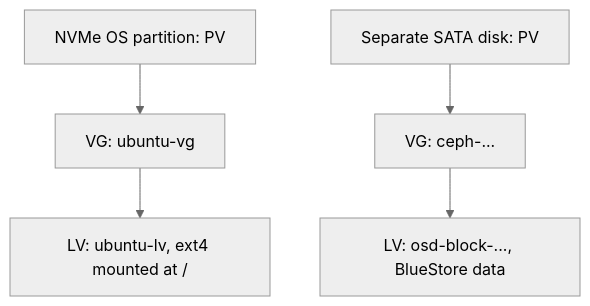
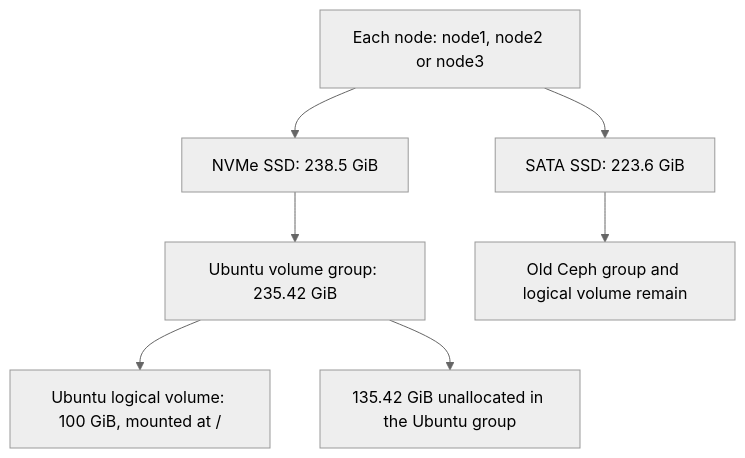
One commit to DinosaurKeys/openstack-iac-lab changed the diagram in docs/00-hermes-codex-and-node-reset.md. Above: the diagram before and after it, drawn with Mermaid (neutral theme). The commit also changed other lines of this file and 4 other files, not shown here.

````diff
--- a/docs/00-hermes-codex-and-node-reset.md
+++ b/docs/00-hermes-codex-and-node-reset.md
@@ -75,7 +19,9 @@
 ```mermaid
 flowchart TD
-    O["NVMe OS partition: PV"] --> U["VG: ubuntu-vg"]
-    U --> R["LV: ubuntu-lv, ext4 mounted at /"]
-    D["Separate SATA disk: PV"] --> C["VG: ceph-..."]
-    C --> B["LV: osd-block-..., BlueStore data"]
+    N["Each node: node1, node2 or node3"] --> O["NVMe SSD: 238.5 GiB"]
+    N --> D["SATA SSD: 223.6 GiB"]
+    O --> U["Ubuntu volume group: 235.42 GiB"]
+    U --> R["Ubuntu logical volume: 100 GiB, mounted at /"]
+    U --> F["135.42 GiB unallocated in the Ubuntu group"]
+    D --> C["Old Ceph group and logical volume remain"]
 ```
````
